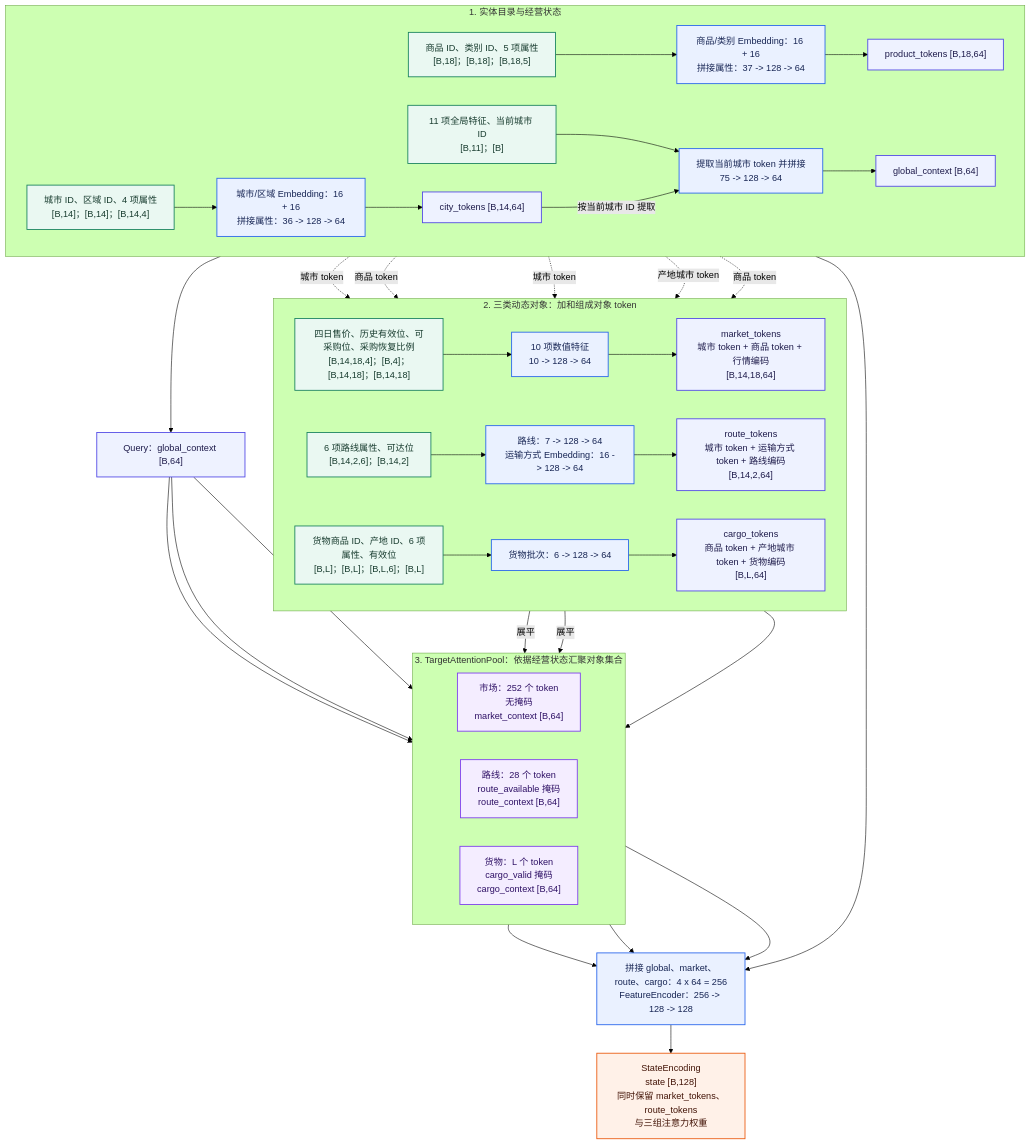
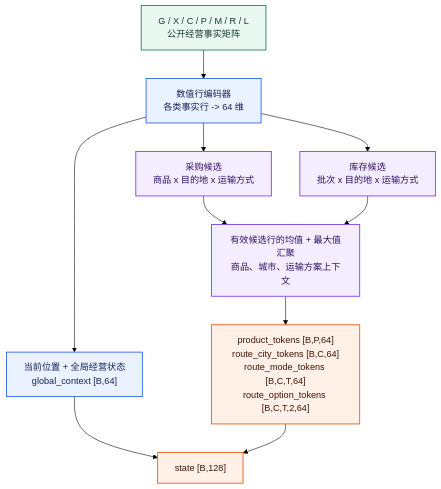
One commit to ImJX-Xu/TradeGame-RL changed the diagram in docs/architecture/state-encoder.mmd. Above: the diagram before and after it, drawn with Mermaid (forest theme). The commit also changed 5 other files, not shown here.

```diff
--- a/docs/architecture/state-encoder.mmd
+++ b/docs/architecture/state-encoder.mmd
@@ -1,68 +1,24 @@
 flowchart TB
     classDef source fill:#EAF8F2,stroke:#16805C,stroke-width:1.5px,color:#173B2E
     classDef encoder fill:#EAF1FF,stroke:#2563EB,stroke-width:1.5px,color:#172554
-    classDef token fill:#EEF2FF,stroke:#4F46E5,stroke-width:1.5px,color:#1E1B4B
-    classDef pool fill:#F4EDFF,stroke:#7C3AED,stroke-width:1.5px,color:#2E1065
+    classDef relation fill:#F4EDFF,stroke:#7C3AED,stroke-width:1.5px,color:#2E1065
     classDef output fill:#FFF1E8,stroke:#EA580C,stroke-width:1.5px,color:#431407
 
-    subgraph directory["1. 实体目录与经营状态"]
-        direction LR
-        city_input["城市 ID、区域 ID、4 项属性<br/>[B,14]；[B,14]；[B,14,4]"]:::source
-        city_encoder["城市/区域 Embedding：16 + 16<br/>拼接属性：36 -> 128 -> 64"]:::encoder
-        city_tokens["city_tokens [B,14,64]"]:::token
-        product_input["商品 ID、类别 ID、5 项属性<br/>[B,18]；[B,18]；[B,18,5]"]:::source
-        product_encoder["商品/类别 Embedding：16 + 16<br/>拼接属性：37 -> 128 -> 64"]:::encoder
-        product_tokens["product_tokens [B,18,64]"]:::token
-        global_input["11 项全局特征、当前城市 ID<br/>[B,11]；[B]"]:::source
-        global_encoder["提取当前城市 token 并拼接<br/>75 -> 128 -> 64"]:::encoder
-        global_context["global_context [B,64]"]:::token
-        city_input --> city_encoder --> city_tokens
-        product_input --> product_encoder --> product_tokens
-        global_input --> global_encoder --> global_context
-        city_tokens -->|按当前城市 ID 提取| global_encoder
-    end
+    facts["G / X / C / P / M / R / L<br/>公开经营事实矩阵"]:::source
+    row_encoders["数值行编码器<br/>各类事实行 -> 64 维"]:::encoder
+    global_context["当前位置 + 全局经营状态<br/>global_context [B,64]"]:::encoder
+    purchase["采购候选<br/>商品 x 目的地 x 运输方式"]:::relation
+    cargo["库存候选<br/>批次 x 目的地 x 运输方式"]:::relation
+    aggregate["有效候选行的均值 + 最大值汇聚<br/>商品、城市、运输方案上下文"]:::relation
+    tokens["product_tokens [B,P,64]<br/>route_city_tokens [B,C,64]<br/>route_mode_tokens [B,C,T,64]<br/>route_option_tokens [B,C,T,2,64]"]:::output
+    state["state [B,128]"]:::output
 
-    subgraph collections["2. 三类动态对象：加和组成对象 token"]
-        direction LR
-        market_input["四日售价、历史有效位、可采购位、采购恢复比例<br/>[B,14,18,4]；[B,4]；[B,14,18]；[B,14,18]"]:::source
-        market_encoder["10 项数值特征<br/>10 -> 128 -> 64"]:::encoder
-        market_tokens["market_tokens<br/>城市 token + 商品 token + 行情编码<br/>[B,14,18,64]"]:::token
-        route_input["6 项路线属性、可达位<br/>[B,14,2,6]；[B,14,2]"]:::source
-        route_encoder["路线：7 -> 128 -> 64<br/>运输方式 Embedding：16 -> 128 -> 64"]:::encoder
-        route_tokens["route_tokens<br/>城市 token + 运输方式 token + 路线编码<br/>[B,14,2,64]"]:::token
-        cargo_input["货物商品 ID、产地 ID、6 项属性、有效位<br/>[B,L]；[B,L]；[B,L,6]；[B,L]"]:::source
-        cargo_encoder["货物批次：6 -> 128 -> 64"]:::encoder
-        cargo_tokens["cargo_tokens<br/>商品 token + 产地城市 token + 货物编码<br/>[B,L,64]"]:::token
-        market_input --> market_encoder --> market_tokens
-        route_input --> route_encoder --> route_tokens
-        cargo_input --> cargo_encoder --> cargo_tokens
-    end
-    city_tokens -. 城市 token .-> market_tokens
-    product_tokens -. 商品 token .-> market_tokens
-    city_tokens -. 城市 token .-> route_tokens
-    city_tokens -. 产地城市 token .-> cargo_tokens
-    product_tokens -. 商品 token .-> cargo_tokens
-
-    query["Query：global_context [B,64]"]:::token
-    global_context --> query
-
-    subgraph attention["3. TargetAttentionPool：依据经营状态汇聚对象集合"]
-        direction LR
-        market_pool["市场：252 个 token<br/>无掩码<br/>market_context [B,64]"]:::pool
-        route_pool["路线：28 个 token<br/>route_available 掩码<br/>route_context [B,64]"]:::pool
-        cargo_pool["货物：L 个 token<br/>cargo_valid 掩码<br/>cargo_context [B,64]"]:::pool
-    end
-    query --> market_pool
-    market_tokens -->|展平| market_pool
-    query --> route_pool
-    route_tokens -->|展平| route_pool
-    query --> cargo_pool
-    cargo_tokens --> cargo_pool
-
-    fusion["拼接 global、market、route、cargo：4 x 64 = 256<br/>FeatureEncoder：256 -> 128 -> 128"]:::encoder
-    state["StateEncoding<br/>state [B,128]<br/>同时保留 market_tokens、route_tokens<br/>与三组注意力权重"]:::output
-    global_context --> fusion
-    market_pool --> fusion
-    route_pool --> fusion
-    cargo_pool --> fusion
-    fusion --> state
+    facts --> row_encoders
+    row_encoders --> global_context
+    row_encoders --> purchase
+    row_encoders --> cargo
+    purchase --> aggregate
+    cargo --> aggregate
+    aggregate --> tokens
+    global_context --> state
+    tokens --> state
```
